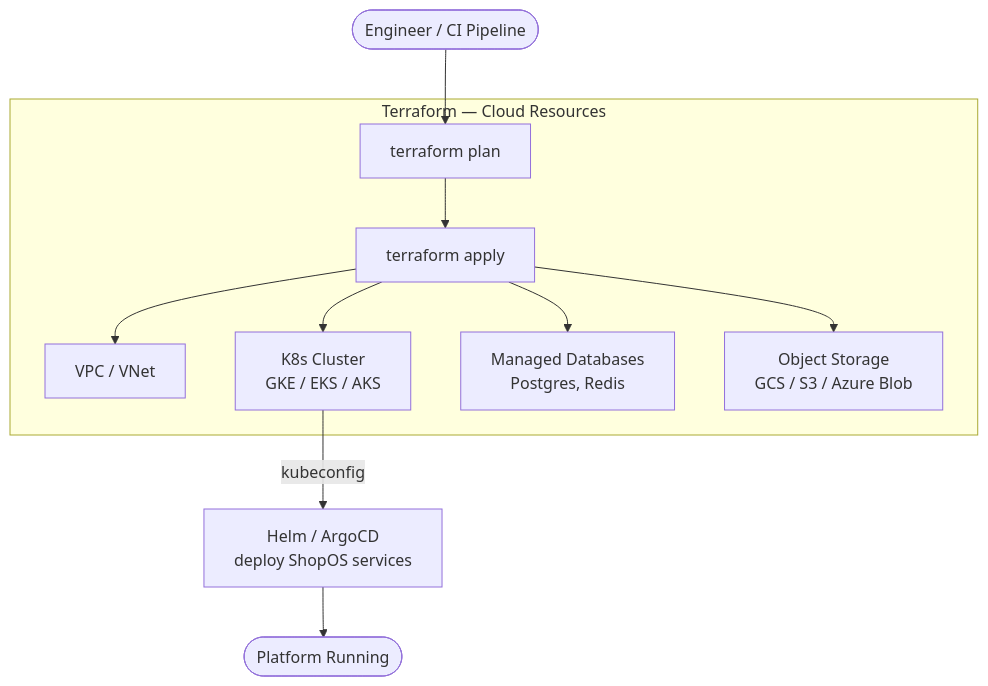
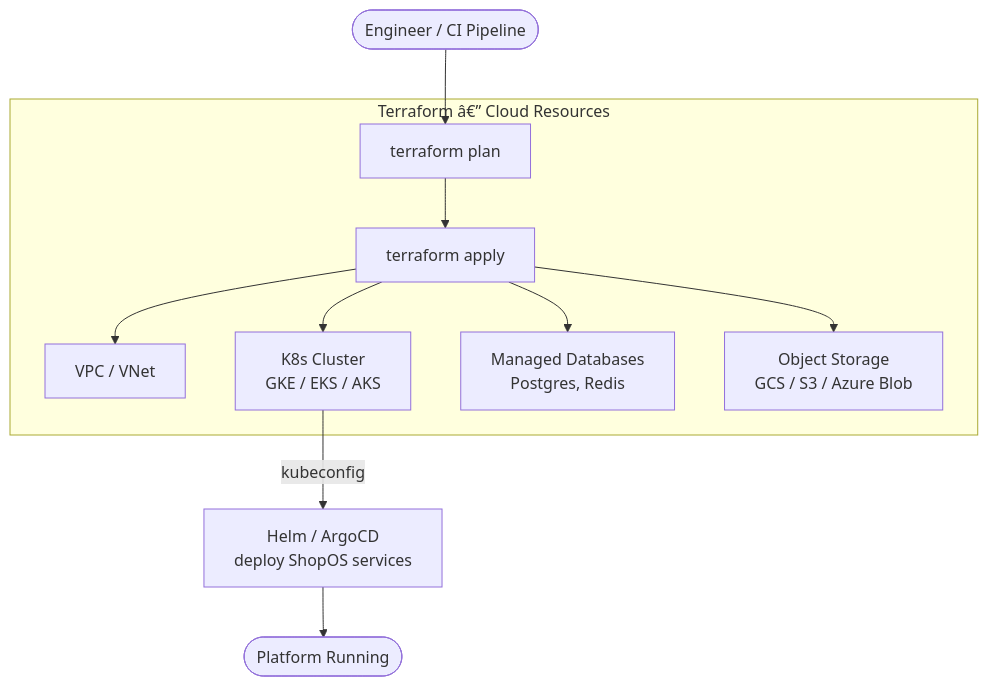
Before and after one commit to prabhat-roy/ShopOS: the diagram in infra/README.md, drawn with Mermaid. The commit also changed other lines of this file and 403 other files, not shown here.

````diff
--- a/infra/README.md
+++ b/infra/README.md
@@ -38,15 +38,15 @@
 ```mermaid
 flowchart TD
     ENG([Engineer / CI Pipeline]) --> PLAN
 
-    subgraph Terraform["Terraform — Cloud Resources"]
+    subgraph Terraform["Terraform â€” Cloud Resources"]
         PLAN[terraform plan] --> APPLY[terraform apply]
         APPLY --> VPC[VPC / VNet]
         APPLY --> K8S[K8s Cluster\nGKE / EKS / AKS]
         APPLY --> DB[Managed Databases\nPostgres, Redis]
         APPLY --> STORE[Object Storage\nGCS / S3 / Azure Blob]
     end
 
     K8S -->|kubeconfig| HELM[Helm / ArgoCD\ndeploy ShopOS services]
     HELM --> DONE([Platform Running])
 ```
````
